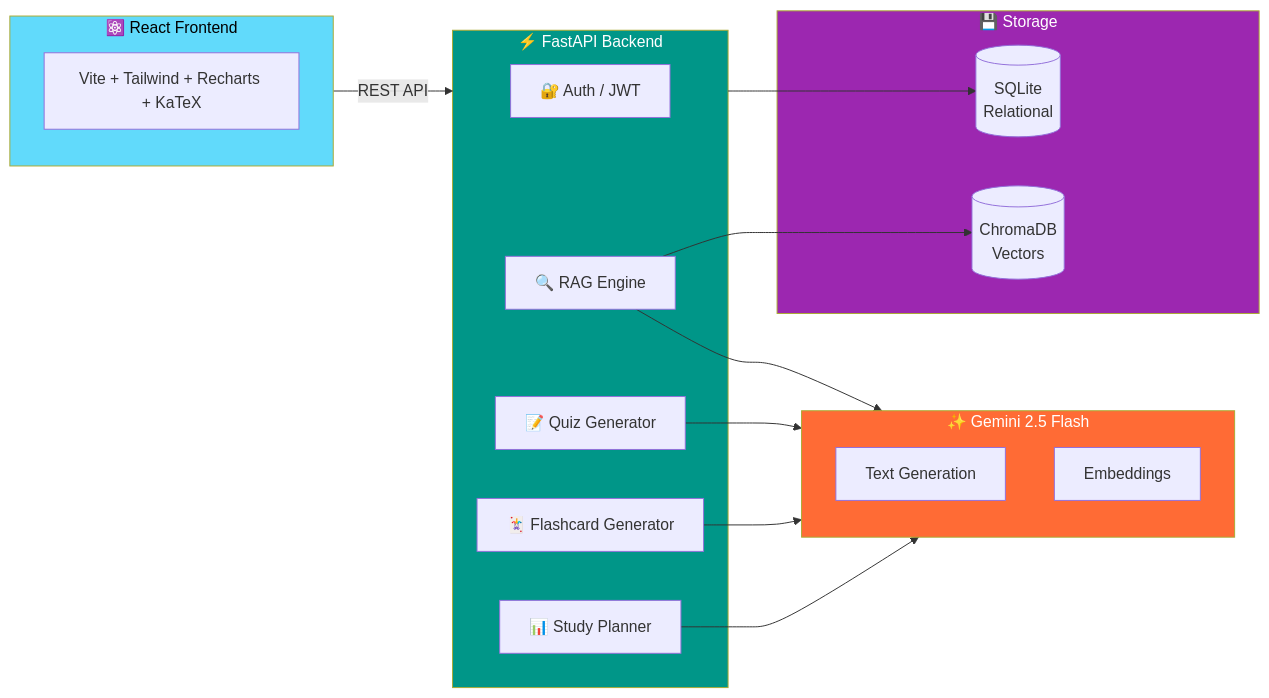
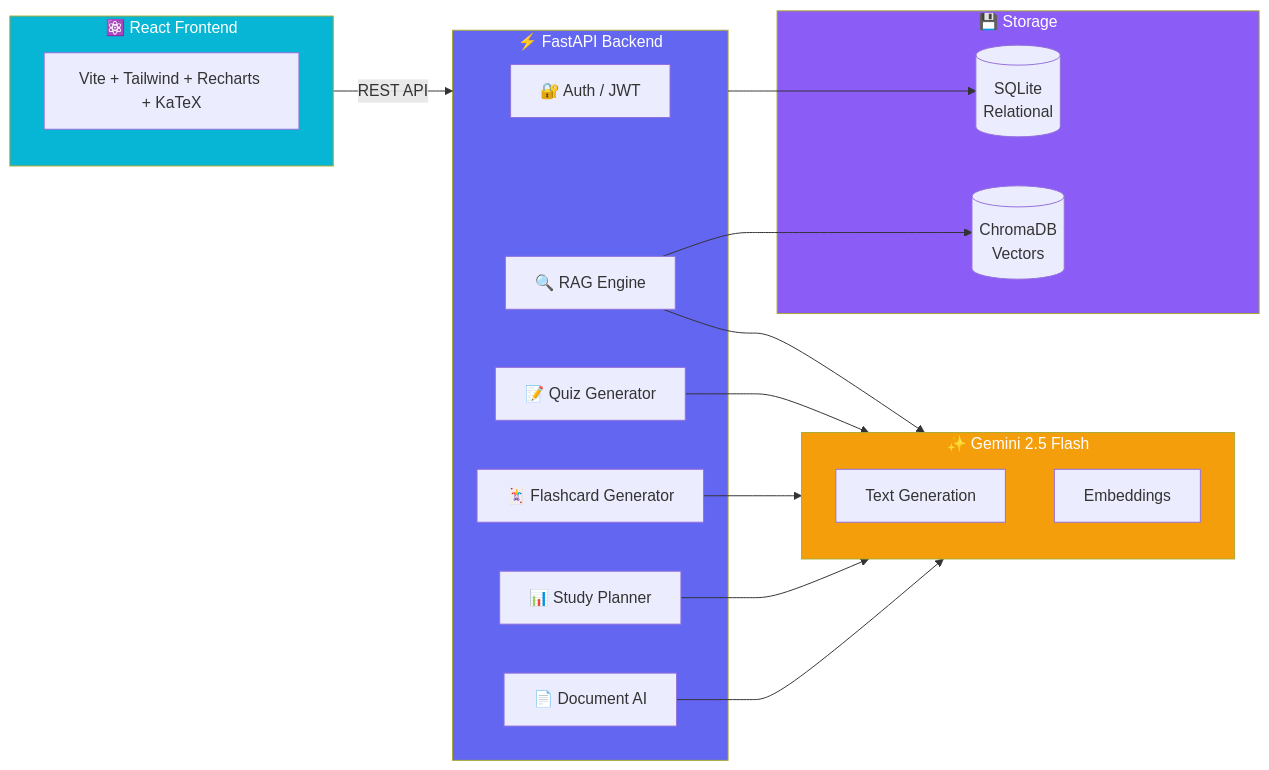
The second of 2 diagrams in README.md (Twarit01/StudyBuddy), drawn with Mermaid before and after one commit. The commit also changed other lines of this file and 13 other files, not shown here.

````diff
--- a/README.md
+++ b/README.md
@@ -58,37 +109,39 @@
 ```mermaid
 flowchart LR
     subgraph Frontend["⚛️ React Frontend"]
         UI[Vite + Tailwind + Recharts + KaTeX]
     end
 
     subgraph Backend["⚡ FastAPI Backend"]
         Auth[🔐 Auth / JWT]
         RAG[🔍 RAG Engine]
         QG[📝 Quiz Generator]
         FC[🃏 Flashcard Generator]
         SP[📊 Study Planner]
+        DA[📄 Document AI]
     end
 
     subgraph AI["✨ Gemini 2.5 Flash"]
         GEN[Text Generation]
         EMB[Embeddings]
     end
 
     subgraph Storage["💾 Storage"]
         VEC[(ChromaDB\nVectors)]
         DB[(SQLite\nRelational)]
     end
 
     Frontend -->|REST API| Backend
     RAG --> AI
     QG --> AI
     FC --> AI
     SP --> AI
+    DA --> AI
     RAG --> VEC
     Backend --> DB
 
-    style Frontend fill:#61DAFB,color:#000
-    style Backend fill:#009688,color:#fff
-    style AI fill:#FF6B35,color:#fff
-    style Storage fill:#9C27B0,color:#fff
+    style Frontend fill:#06B6D4,color:#fff
+    style Backend fill:#6366F1,color:#fff
+    style AI fill:#F59E0B,color:#fff
+    style Storage fill:#8B5CF6,color:#fff
 ```
````
